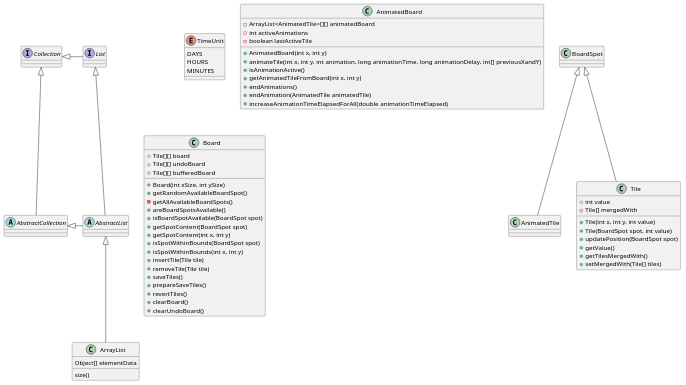
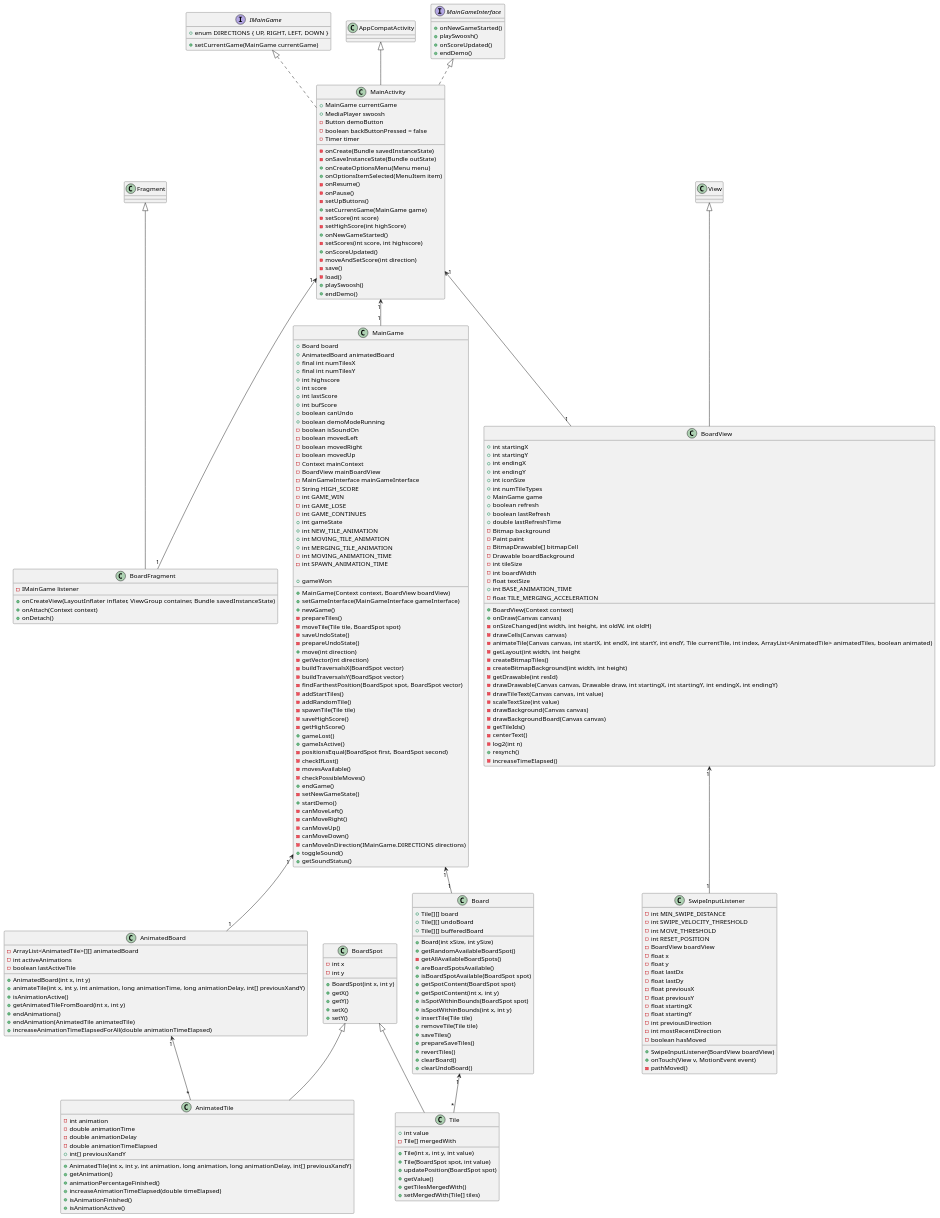
Before and after one commit to rcliv/AndroidFinal2048: the diagram in CSSE2048/app/src/UML/ClassDiagram2048.puml, drawn with PlantUML.

Commit message:
finished class diagram

```diff
--- a/CSSE2048/app/src/UML/ClassDiagram2048.puml
+++ b/CSSE2048/app/src/UML/ClassDiagram2048.puml
@@ -1,27 +1,13 @@
 @startuml
 
-abstract class AbstractList
-abstract AbstractCollection
-interface List
-interface Collection
-
-List <|-- AbstractList
-Collection <|-- AbstractCollection
-
-Collection <|- List
-AbstractCollection <|- AbstractList
-AbstractList <|-- ArrayList
-
-class ArrayList {
-Object[] elementData
-size()
-}
-
-enum TimeUnit {
-DAYS
-HOURS
-MINUTES
-}
+BoardView "1" <-- "1" SwipeInputListener
+MainActivity "1" <-- "1" BoardView
+MainActivity "1" <-- "1" MainGame
+MainActivity "1" <-- "1" BoardFragment
+MainGame "1" <-- "1" AnimatedBoard
+MainGame "1" <-- "1"Board
+Board "1" <-- "*" Tile
+AnimatedBoard "1" <-- "*" AnimatedTile
 
 class AnimatedBoard {
     -ArrayList<AnimatedTile>[][] animatedBoard
@@ -38,7 +24,18 @@
 }
 
 class AnimatedTile extends BoardSpot {
+    -int animation
+    -double animationTime
+    -double animationDelay
+    -double animationTimeElapsed
+    +int[] previousXandY
 
+    +AnimatedTile(int x, int y, int animation, long animation, long animationDelay, int[] previousXandY)
+    +getAnimation()
+    +animationPercentageFinished()
+    +increaseAnimationTimeElapsed(double timeElapsed)
+    +isAnimationFinished()
+    +isAnimationActive()
 }
 
 class Board {
@@ -64,6 +61,194 @@
     +clearUndoBoard()
 }
 
+class BoardFragment extends Fragment {
+    -IMainGame listener
+
+    +onCreateView(LayoutInflater inflater, ViewGroup container, Bundle savedInstanceState)
+    +onAttach(Context context)
+    +onDetach()
+}
+
+class BoardSpot {
+    -int x
+    -int y
+
+    +BoardSpot(int x, int y)
+    +getX()
+    +getY()
+    +setX()
+    +setY()
+}
+
+class BoardView extends View {
+    +int startingX
+    +int startingY
+    +int endingX
+    +int endingY
+    +int iconSize
+    +int numTileTypes
+    +MainGame game
+    +boolean refresh
+    +boolean lastRefresh
+    +double lastRefreshTime
+    -Bitmap background
+    -Paint paint
+    -BitmapDrawable[] bitmapCell
+    -Drawable boardBackground
+    -int tileSize
+    -int boardWidth
+    -float textSize
+    +int BASE_ANIMATION_TIME
+    -float TILE_MERGING_ACCELERATION
+
+    +BoardView(Context context)
+    +onDraw(Canvas canvas)
+    -onSizeChanged(int width, int height, int oldW, int oldH)
+    -drawCells(Canvas canvas)
+    -animateTile(Canvas canvas, int startX, int endX, int startY, int endY, Tile currentTile, int index, ArrayList<AnimatedTile> animatedTiles, boolean animated)
+    -getLayout(int width, int height
+    -createBitmapTiles()
+    -createBitmapBackground(int width, int height)
+    -getDrawable(int resId)
+    -drawDrawable(Canvas canvas, Drawable draw, int startingX, int startingY, int endingX, int endingY)
+    -drawTileText(Canvas canvas, int value)
+    -scaleTextSize(int value)
+    -drawBackground(Canvas canvas)
+    -drawBackgroundBoard(Canvas canvas)
+    -getTileIds()
+    -centerText()
+    -log2(int n)
+    +resynch()
+    -increaseTimeElapsed()
+}
+
+interface IMainGame {
+    +enum DIRECTIONS { UP, RIGHT, LEFT, DOWN }
+    +setCurrentGame(MainGame currentGame)
+}
+
+class MainActivity extends AppCompatActivity implements IMainGame, MainGameInterface {
+    +MainGame currentGame
+    +MediaPlayer swoosh
+    -Button demoButton
+    -boolean backButtonPressed = false
+    -Timer timer
+
+    -onCreate(Bundle savedInstanceState)
+    -onSaveInstanceState(Bundle outState)
+    +onCreateOptionsMenu(Menu menu)
+    +onOptionsItemSelected(MenuItem item)
+    -onResume()
+    -onPause()
+    -setUpButtons()
+    +setCurrentGame(MainGame game)
+    -setScore(int score)
+    -setHighScore(int highScore)
+    +onNewGameStarted()
+    -setScores(int score, int highscore)
+    +onScoreUpdated()
+    -moveAndSetScore(int direction)
+    -save()
+    -load()
+    +playSwoosh()
+    +endDemo()
+}
+
+class MainGame {
+    +Board board
+    +AnimatedBoard animatedBoard
+    +final int numTilesX
+    +final int numTilesY
+    +int highscore
+    +int score
+    +int lastScore
+    +int bufScore
+    +boolean canUndo
+    +boolean demoModeRunning
+    -boolean isSoundOn
+    -boolean movedLeft
+    -boolean movedRight
+    -boolean movedUp
+    -Context mainContext
+    -BoardView mainBoardView
+    -MainGameInterface mainGameInterface
+    -String HIGH_SCORE
+    -int GAME_WIN
+    -int GAME_LOSE
+    -int GAME_CONTINUES
+    +int gameState
+    +int NEW_TILE_ANIMATION
+    +int MOVING_TILE_ANIMATION
+    +int MERGING_TILE_ANIMATION
+    -int MOVING_ANIMATION_TIME
+    -int SPAWN_ANIMATION_TIME
+
+    +MainGame(Context context, BoardView boardView)
+    +setGameInterface(MainGameInterface gameInterface)
+    +newGame()
+    -prepareTiles()
+    -moveTile(Tile tile, BoardSpot spot)
+    -saveUndoState()
+    -prepareUndoState()
+    +move(int direction)
+    -getVector(int direction)
+    -buildTraversalsX(BoardSpot vector)
+    -buildTraversalsY(BoardSpot vector)
+    -findFarthestPosition(BoardSpot spot, BoardSpot vector)
+    -addStartTiles()
+    -addRandomTile()
+    -spawnTile(Tile tile)
+    -saveHighScore()
+    -getHighScore()
+    +gameWon
+    +gameLost()
+    +gameIsActive()
+    -positionsEqual(BoardSpot first, BoardSpot second)
+    -checkIfLost()
+    -movesAvailable()
+    -checkPossibleMoves()
+    +endGame()
+    -setNewGameState()
+    +startDemo()
+    -canMoveLeft()
+    -canMoveRight()
+    -canMoveUp()
+    -canMoveDown()
+    -canMoveInDirection(IMainGame.DIRECTIONS directions)
+    +toggleSound()
+    +getSoundStatus()
+}
+
+interface MainGameInterface {
+    +onNewGameStarted()
+    +playSwoosh()
+    +onScoreUpdated()
+    +endDemo()
+}
+
+class SwipeInputListener implements View.OnTouchListener {
+    -int MIN_SWIPE_DISTANCE
+    -int SWIPE_VELOCITY_THRESHOLD
+    -int MOVE_THRESHOLD
+    -int RESET_POSITION
+    -BoardView boardView
+    -float x
+    -float y
+    -float lastDx
+    -float lastDy
+    -float previousX
+    -float previousY
+    -float startingX
+    -float startingY
+    -int previousDirection
+    -int mostRecentDirection
+    -boolean hasMoved
+
+    +SwipeInputListener(BoardView boardView)
+    +onTouch(View v, MotionEvent event)
+    -pathMoved()
+}
+
 class Tile extends BoardSpot {
     +int value
     -Tile[] mergedWith
```
